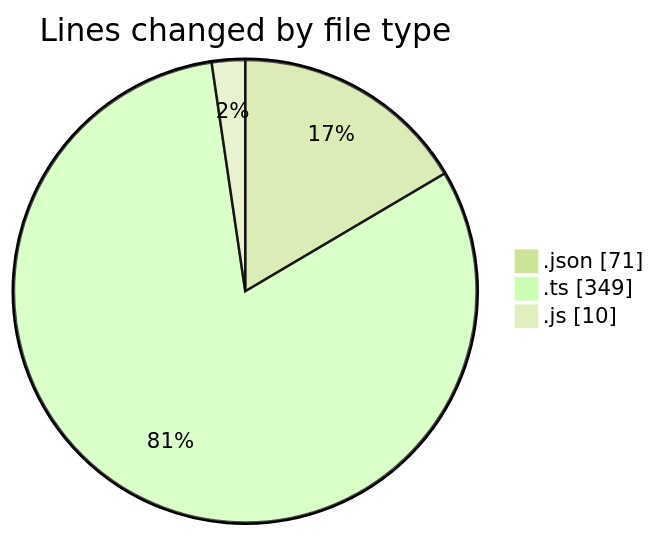
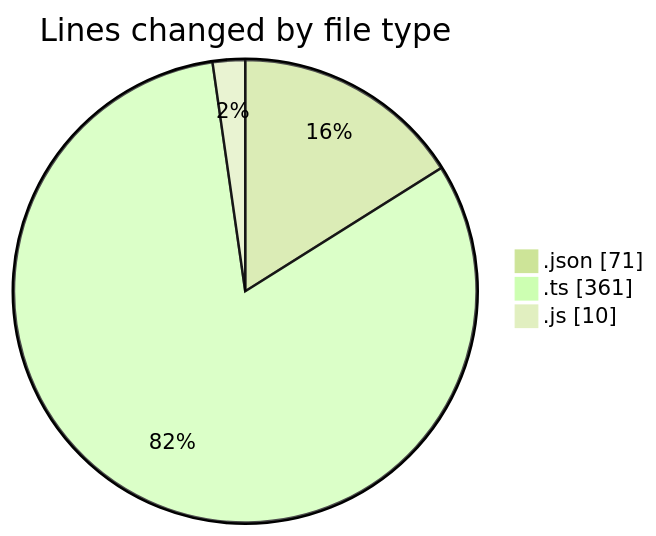
The first of 2 diagrams in 2025-02-06/cda/README.md (momahboobian/code-tracking), drawn with Mermaid (forest theme) before and after one commit. The commit also changed other lines of this file and 1 other file, not shown here.

````diff
--- a/2025-02-06/cda/README.md
+++ b/2025-02-06/cda/README.md
@@ -25,7 +25,7 @@
 ```mermaid
 pie showData
 title Lines changed by file type
 ".json" : 71
-".ts" : 349
+".ts" : 361
 ".js" : 10
 ```
````
